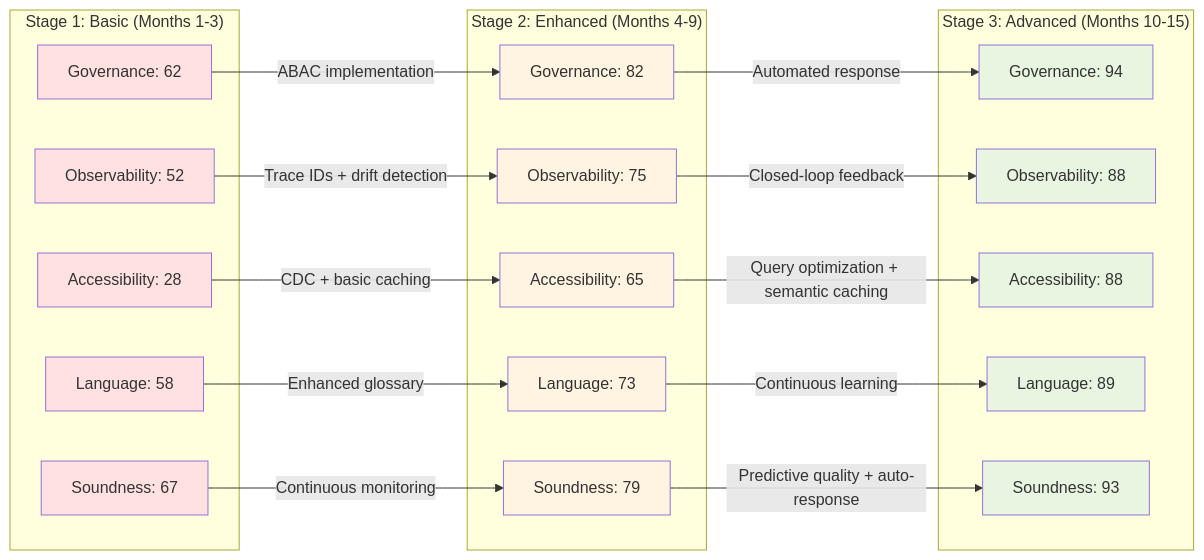
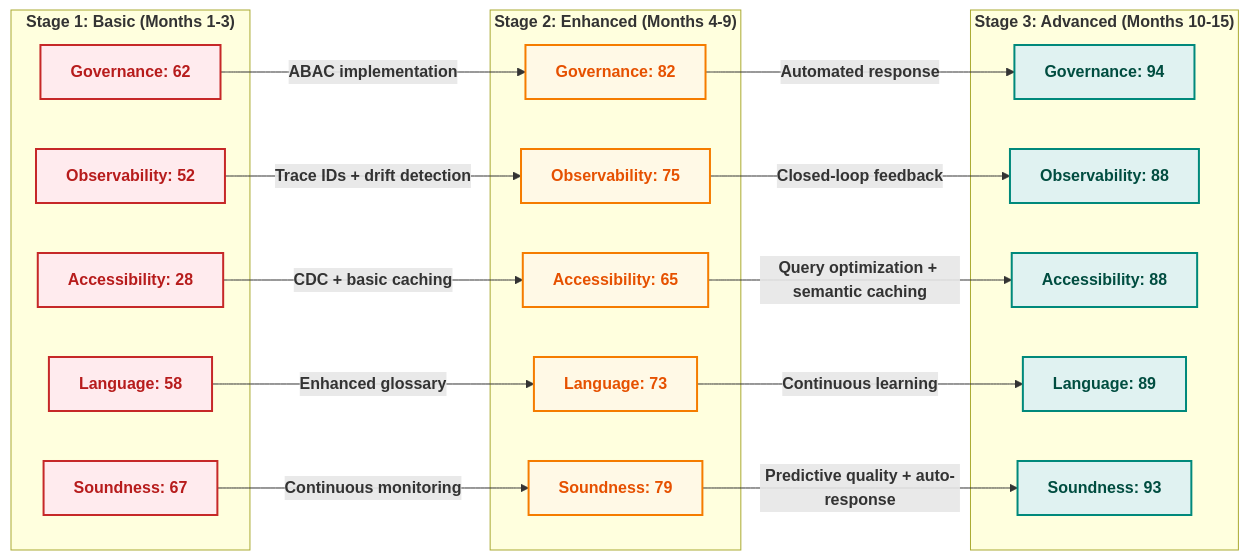
One commit to colaberry/enterprise-data-readiness-ai-agents changed diagram 11 of 11 in chapter-02/chapter_2_complete.md. Above: the diagram before and after it, drawn with Mermaid. The commit also changed other lines of this file and 1 other file, not shown here.

````diff
--- a/chapter-02/chapter_2_complete.md
+++ b/chapter-02/chapter_2_complete.md
@@ -1527,59 +1570,59 @@
 ```mermaid
 graph LR
-    subgraph "Stage 1: Basic (Months 1-3)"
-        G1[Governance: 62]
-        O1[Observability: 52]
-        A1[Accessibility: 28]
-        L1[Language: 58]
-        S1[Soundness: 67]
+    subgraph "<b>Stage 1: Basic (Months 1-3)</b>"
+        G1["<b>Governance: 62</b>"]
+        O1["<b>Observability: 52</b>"]
+        A1["<b>Accessibility: 28</b>"]
+        L1["<b>Language: 58</b>"]
+        S1["<b>Soundness: 67</b>"]
     end
     
-    subgraph "Stage 2: Enhanced (Months 4-9)"
-        G2[Governance: 82]
-        O2[Observability: 75]
-        A2[Accessibility: 65]
-        L2[Language: 73]
-        S2[Soundness: 79]
+    subgraph "<b>Stage 2: Enhanced (Months 4-9)</b>"
+        G2["<b>Governance: 82</b>"]
+        O2["<b>Observability: 75</b>"]
+        A2["<b>Accessibility: 65</b>"]
+        L2["<b>Language: 73</b>"]
+        S2["<b>Soundness: 79</b>"]
     end
     
-    subgraph "Stage 3: Advanced (Months 10-15)"
-        G3[Governance: 94]
-        O3[Observability: 88]
-        A3[Accessibility: 88]
-        L3[Language: 89]
-        S3[Soundness: 93]
+    subgraph "<b>Stage 3: Advanced (Months 10-15)</b>"
+        G3["<b>Governance: 94</b>"]
+        O3["<b>Observability: 88</b>"]
+        A3["<b>Accessibility: 88</b>"]
+        L3["<b>Language: 89</b>"]
+        S3["<b>Soundness: 93</b>"]
     end
     
-    G1 -->|ABAC implementation| G2
-    G2 -->|Automated response| G3
+    G1 -->|<b>ABAC implementation</b>| G2
+    G2 -->|<b>Automated response</b>| G3
     
-    O1 -->|Trace IDs + drift detection| O2
-    O2 -->|Closed-loop feedback| O3
+    O1 -->|<b>Trace IDs + drift detection</b>| O2
+    O2 -->|<b>Closed-loop feedback</b>| O3
     
-    A1 -->|CDC + basic caching| A2
-    A2 -->|Query optimization + semantic caching| A3
+    A1 -->|<b>CDC + basic caching</b>| A2
+    A2 -->|<b>Query optimization + semantic caching</b>| A3
     
-    L1 -->|Enhanced glossary| L2
-    L2 -->|Continuous learning| L3
+    L1 -->|<b>Enhanced glossary</b>| L2
+    L2 -->|<b>Continuous learning</b>| L3
     
-    S1 -->|Continuous monitoring| S2
-    S2 -->|Predictive quality + auto-response| S3
+    S1 -->|<b>Continuous monitoring</b>| S2
+    S2 -->|<b>Predictive quality + auto-response</b>| S3
     
-    style G1 fill:#ffe1e1
-    style O1 fill:#ffe1e1
-    style A1 fill:#ffe1e1
-    style L1 fill:#ffe1e1
-    style S1 fill:#ffe1e1
+    style G1 fill:#ffebee,stroke:#c62828,stroke-width:2px,color:#b71c1c
+    style O1 fill:#ffebee,stroke:#c62828,stroke-width:2px,color:#b71c1c
+    style A1 fill:#ffebee,stroke:#c62828,stroke-width:2px,color:#b71c1c
+    style L1 fill:#ffebee,stroke:#c62828,stroke-width:2px,color:#b71c1c
+    style S1 fill:#ffebee,stroke:#c62828,stroke-width:2px,color:#b71c1c
     
-    style G2 fill:#fff4e1
-    style O2 fill:#fff4e1
-    style A2 fill:#fff4e1
-    style L2 fill:#fff4e1
-    style S2 fill:#fff4e1
+    style G2 fill:#fff9e6,stroke:#f57c00,stroke-width:2px,color:#e65100
+    style O2 fill:#fff9e6,stroke:#f57c00,stroke-width:2px,color:#e65100
+    style A2 fill:#fff9e6,stroke:#f57c00,stroke-width:2px,color:#e65100
+    style L2 fill:#fff9e6,stroke:#f57c00,stroke-width:2px,color:#e65100
+    style S2 fill:#fff9e6,stroke:#f57c00,stroke-width:2px,color:#e65100
     
-    style G3 fill:#e8f5e1
-    style O3 fill:#e8f5e1
-    style A3 fill:#e8f5e1
-    style L3 fill:#e8f5e1
-    style S3 fill:#e8f5e1
+    style G3 fill:#e0f2f1,stroke:#00897b,stroke-width:2px,color:#004d40
+    style O3 fill:#e0f2f1,stroke:#00897b,stroke-width:2px,color:#004d40
+    style A3 fill:#e0f2f1,stroke:#00897b,stroke-width:2px,color:#004d40
+    style L3 fill:#e0f2f1,stroke:#00897b,stroke-width:2px,color:#004d40
+    style S3 fill:#e0f2f1,stroke:#00897b,stroke-width:2px,color:#004d40
 ```
````
